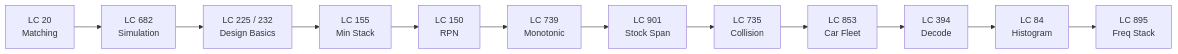
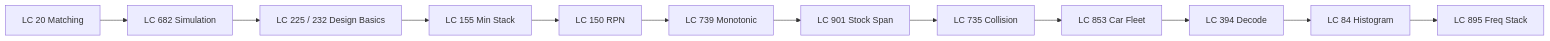
The fifth of 5 diagrams in stack/README.md (deepanshu-rawat6/AlgoAtlas), drawn with Mermaid before and after one commit. The commit also changed other lines of this file and 13 other files, not shown here.

````diff
--- a/stack/README.md
+++ b/stack/README.md
@@ -125,14 +125,14 @@
 ```mermaid
 flowchart LR
-    A[LC 20<br>Matching] --> B[LC 682<br>Simulation]
-    B --> C[LC 225 / 232<br>Design Basics]
-    C --> D[LC 155<br>Min Stack]
-    D --> E[LC 150<br>RPN]
-    E --> F[LC 739<br>Monotonic]
-    F --> G[LC 901<br>Stock Span]
-    G --> H[LC 735<br>Collision]
-    H --> I[LC 853<br>Car Fleet]
-    I --> J[LC 394<br>Decode]
-    J --> K[LC 84<br>Histogram]
-    K --> L[LC 895<br>Freq Stack]
+    A[LC 20 Matching] --> B[LC 682 Simulation]
+    B --> C[LC 225 / 232 Design Basics]
+    C --> D[LC 155 Min Stack]
+    D --> E[LC 150 RPN]
+    E --> F[LC 739 Monotonic]
+    F --> G[LC 901 Stock Span]
+    G --> H[LC 735 Collision]
+    H --> I[LC 853 Car Fleet]
+    I --> J[LC 394 Decode]
+    J --> K[LC 84 Histogram]
+    K --> L[LC 895 Freq Stack]
 ```
````
